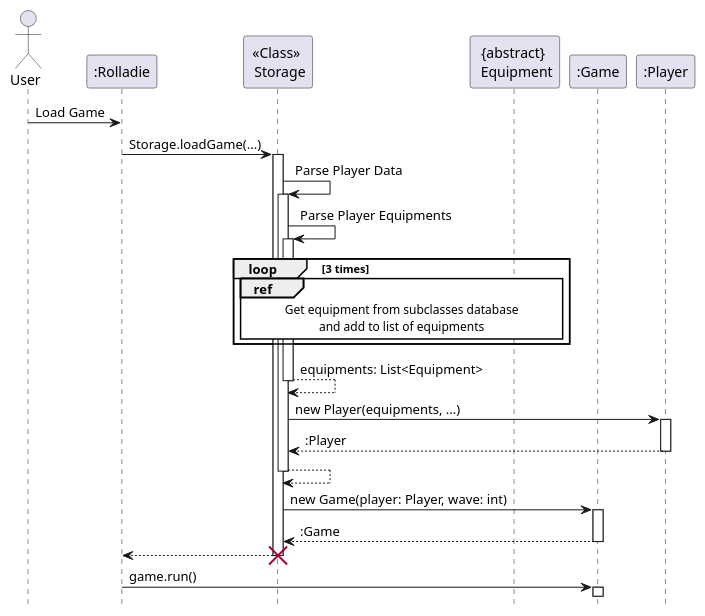
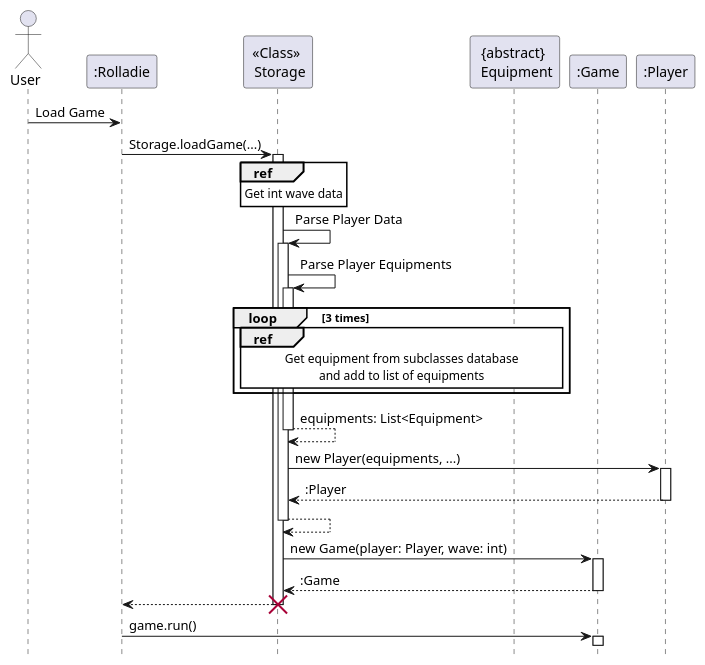
Before and after one commit to TiangSoonYong/tp: the diagram in docs/diagrams/loadSequence.puml, drawn with PlantUML. The commit also changed 4 other files, not shown here.

```diff
--- a/docs/diagrams/loadSequence.puml
+++ b/docs/diagrams/loadSequence.puml
@@ -1,43 +1,45 @@
 @startuml
 hide footbox
 skinparam sequenceReferenceBackgroundColor #FFFFFF
 actor User
 
 participant ":Rolladie" as Rolladie
 participant "<<Class>> \n Storage" as Storage
 participant "{abstract} \n Equipment" as Equipment
 participant ":Game" as Game
 participant ":Player" as Player
 
 User -> Rolladie: Load Game
 Rolladie -> Storage: Storage.loadGame(...)
 activate Storage
-
+ref over Storage
+    Get int wave data
+end ref
 Storage -> Storage: Parse Player Data
 activate Storage
     Storage -> Storage: Parse Player Equipments
     activate Storage
         loop 3 times
             ref over Storage, Equipment
                 Get equipment from subclasses database
                 and add to list of equipments
             end ref
         end loop
         Storage --> Storage: equipments: List<Equipment>
     deactivate Storage
     Storage -> Player: new Player(equipments, ...)
     activate Player
     Player --> Storage: :Player
     deactivate Player
     Storage --> Storage:
 deactivate Storage
 
 Storage -> Game: new Game(player: Player, wave: int)
 activate Game
 Game --> Storage: :Game
 deactivate Game
 Storage --> Rolladie:
 destroy Storage
 Rolladie -> Game: game.run()
 activate Game
 @enduml
```
